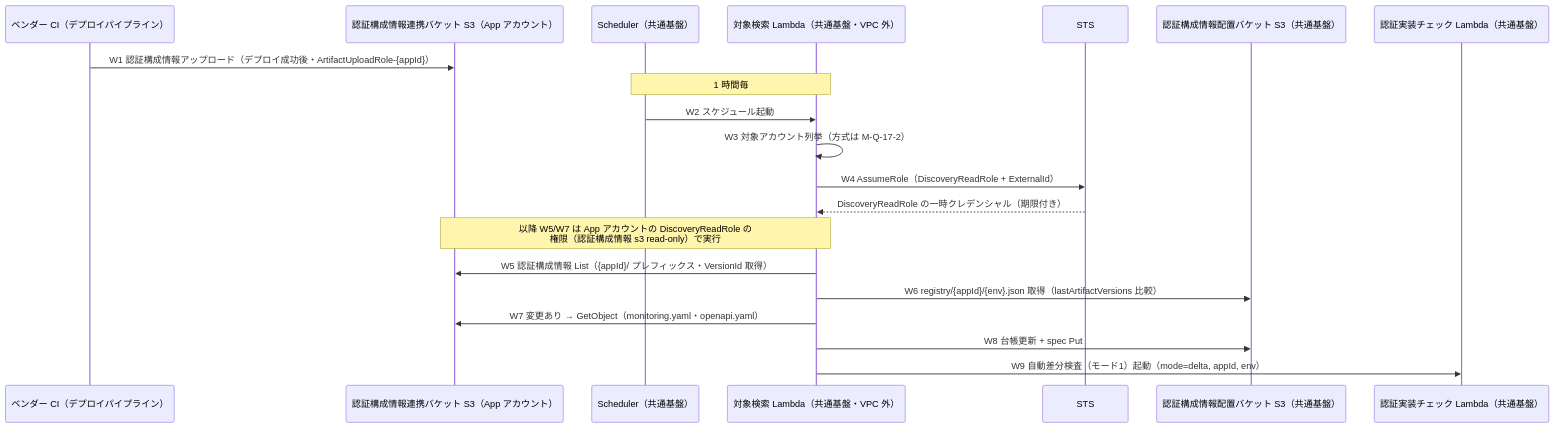
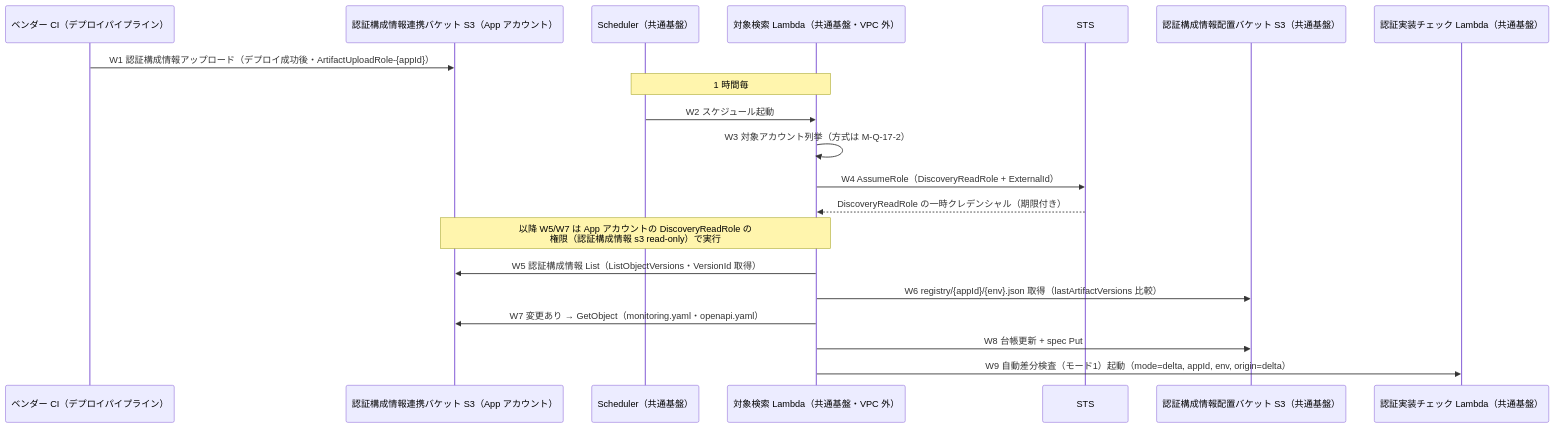
The fifth of 7 diagrams in doc/api-platform/basic-design/10-external-monitoring-overview.md (suepie/aws-atuh-poc), drawn with Mermaid before and after one commit. The commit also changed other lines of this file and 11 other files, not shown here.

````diff
--- a/doc/api-platform/basic-design/10-external-monitoring-overview.md
+++ b/doc/api-platform/basic-design/10-external-monitoring-overview.md
@@ -324,23 +339,23 @@
 ```mermaid
 sequenceDiagram
     participant DEV as ベンダー CI（デプロイパイプライン）
     participant ART as 認証構成情報連携バケット S3（App アカウント）
     participant SCH as Scheduler（共通基盤）
     participant DISC as 対象検索 Lambda（共通基盤・VPC 外）
     participant STS as STS
     participant S3 as 認証構成情報配置バケット S3（共通基盤）
     participant PROBE as 認証実装チェック Lambda（共通基盤）
 
     DEV->>ART: W1 認証構成情報アップロード（デプロイ成功後・ArtifactUploadRole-{appId}）
     Note over SCH,DISC: 1 時間毎
     SCH->>DISC: W2 スケジュール起動
     DISC->>DISC: W3 対象アカウント列挙（方式は M-Q-17-2）
     DISC->>STS: W4 AssumeRole（DiscoveryReadRole + ExternalId）
     STS-->>DISC: DiscoveryReadRole の一時クレデンシャル（期限付き）
     Note over DISC,ART: 以降 W5/W7 は App アカウントの DiscoveryReadRole の<br/>権限（認証構成情報 s3 read-only）で実行
-    DISC->>ART: W5 認証構成情報 List（{appId}/ プレフィックス・VersionId 取得）
+    DISC->>ART: W5 認証構成情報 List（ListObjectVersions・VersionId 取得）
     DISC->>S3: W6 registry/{appId}/{env}.json 取得（lastArtifactVersions 比較）
     DISC->>ART: W7 変更あり → GetObject（monitoring.yaml・openapi.yaml）
     DISC->>S3: W8 台帳更新 + spec Put
-    DISC->>PROBE: W9 自動差分検査（モード1）起動（mode=delta, appId, env）
+    DISC->>PROBE: W9 自動差分検査（モード1）起動（mode=delta, appId, env, origin=delta）
 ```
````
